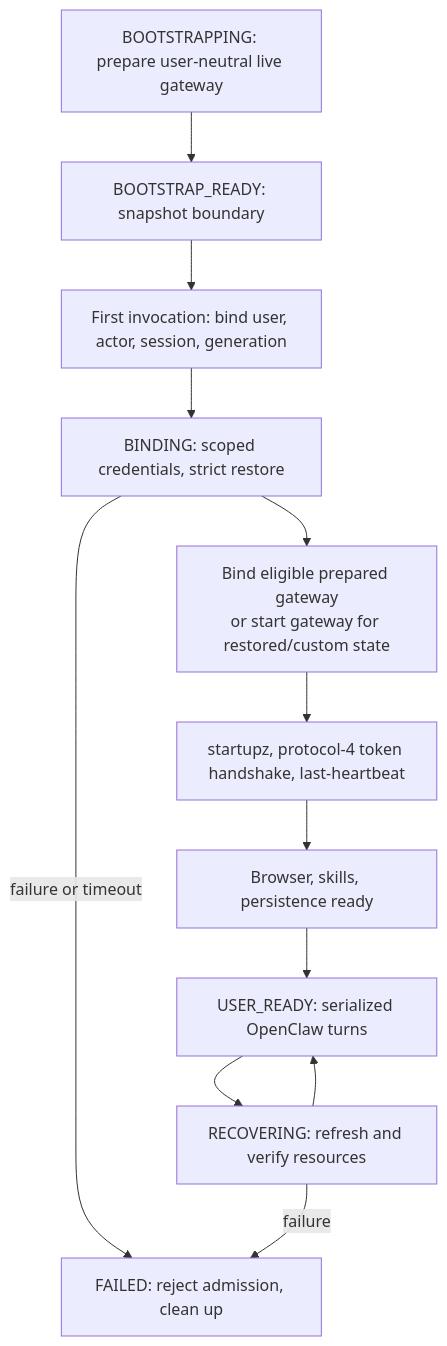
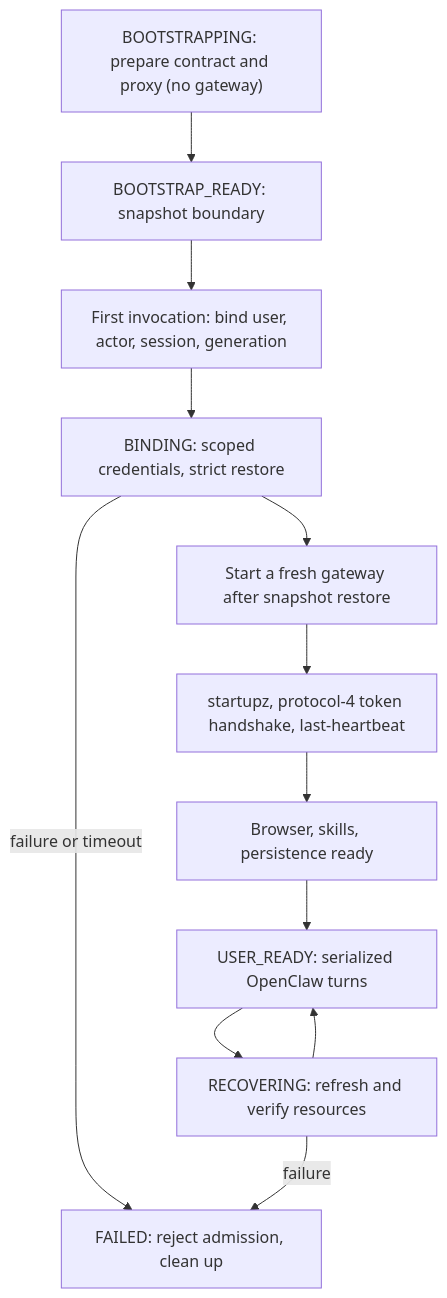
The diagram in docs/architecture.md (aws-samples/sample-host-openclaw-on-amazon-bedrock-agentcore), drawn with Mermaid before and after one commit. The commit also changed 7 other files, not shown here.

First line of the commit message:
fix(v2): never bind a user to the pre-snapshot live seed gateway (#177)

````diff
--- a/docs/architecture.md
+++ b/docs/architecture.md
@@ -120,14 +120,14 @@
 ```mermaid
 flowchart TD
-    B["BOOTSTRAPPING: prepare user-neutral live gateway"] --> S["BOOTSTRAP_READY: snapshot boundary"]
+    B["BOOTSTRAPPING: prepare contract and proxy (no gateway)"] --> S["BOOTSTRAP_READY: snapshot boundary"]
     S --> R["First invocation: bind user, actor, session, generation"]
     R --> A["BINDING: scoped credentials, strict restore"]
-    A --> G["Bind eligible prepared gateway<br/>or start gateway for restored/custom state"]
+    A --> G["Start a fresh gateway after snapshot restore"]
     G --> V["startupz, protocol-4 token handshake, last-heartbeat"]
     V --> P["Browser, skills, persistence ready"]
     P --> U["USER_READY: serialized OpenClaw turns"]
     U --> C["RECOVERING: refresh and verify resources"]
     C --> U
     A -->|failure or timeout| F["FAILED: reject admission, clean up"]
     C -->|failure| F
 ```
````
